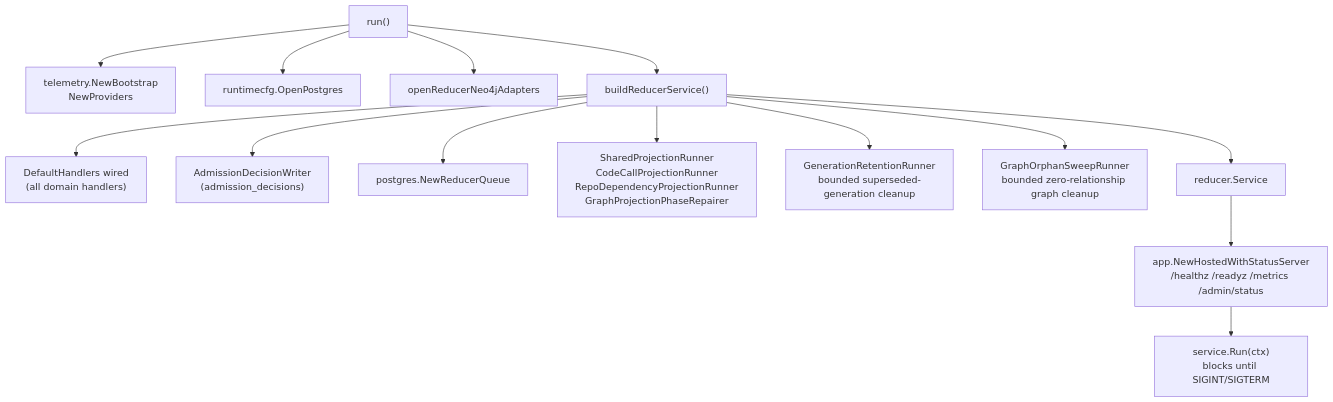
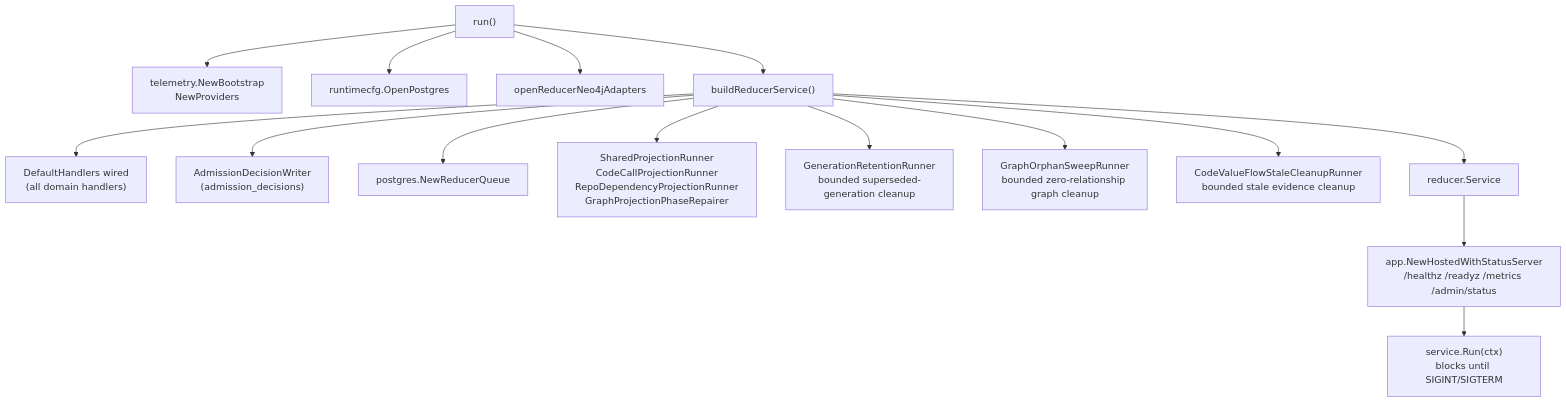
One commit to eshu-hq/eshu changed the second of 2 diagrams in go/cmd/reducer/README.md. Above: the diagram before and after it, drawn with Mermaid. The commit also changed other lines of this file and 28 other files, not shown here.

Commit message:
fix(reducer): sweep stale value-flow evidence

````diff
--- a/go/cmd/reducer/README.md
+++ b/go/cmd/reducer/README.md
@@ -25,16 +25,17 @@
 ```mermaid
 flowchart TB
   run["run()"] --> Telemetry["telemetry.NewBootstrap\nNewProviders"]
   run --> DB["runtimecfg.OpenPostgres"]
   run --> Graph["openReducerNeo4jAdapters"]
   run --> Build["buildReducerService()"]
   Build --> Handlers["DefaultHandlers wired\n(all domain handlers)"]
   Build --> AdmissionDecisions["AdmissionDecisionWriter\n(admission_decisions)"]
   Build --> Queue["postgres.NewReducerQueue"]
   Build --> Runners["SharedProjectionRunner\nCodeCallProjectionRunner\nRepoDependencyProjectionRunner\nGraphProjectionPhaseRepairer"]
   Build --> Retention["GenerationRetentionRunner\nbounded superseded-generation cleanup"]
   Build --> OrphanSweep["GraphOrphanSweepRunner\nbounded zero-relationship graph cleanup"]
+  Build --> ValueFlowCleanup["CodeValueFlowStaleCleanupRunner\nbounded stale evidence cleanup"]
   Build --> SvcObj["reducer.Service"]
   SvcObj --> AdminSurface["app.NewHostedWithStatusServer\n/healthz /readyz /metrics /admin/status"]
   AdminSurface --> RunLoop["service.Run(ctx)\nblocks until SIGINT/SIGTERM"]
 ```
````
